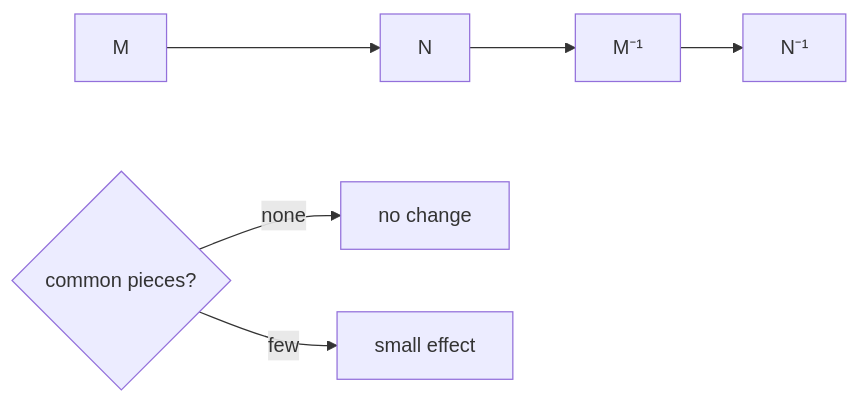
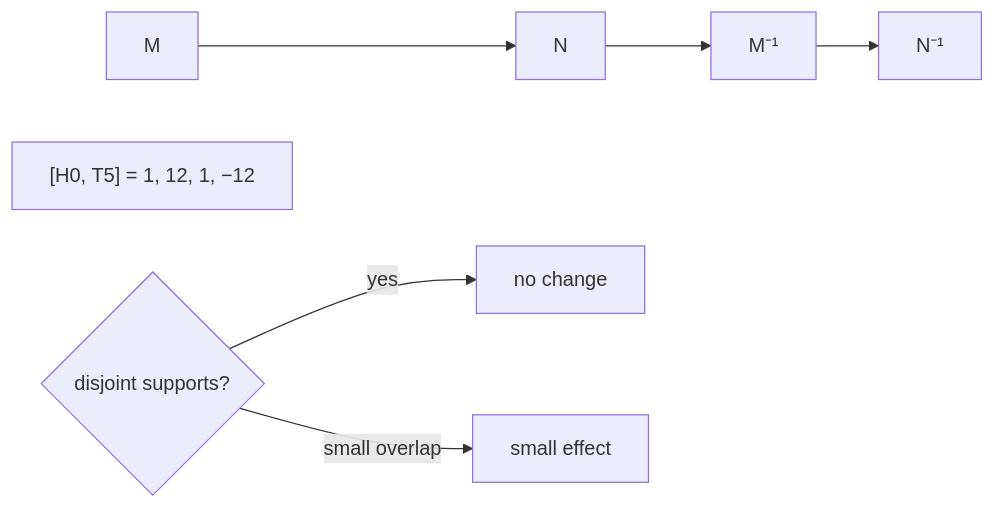
One commit to KonomiYuzu01/Magic-600-Cell changed the diagram in docs/progress/1.0/glossary/diagrams/commutator.mmd. Above: the diagram before and after it, drawn with Mermaid. The commit also changed 40 other files, not shown here.

```diff
--- a/docs/progress/1.0/glossary/diagrams/commutator.mmd
+++ b/docs/progress/1.0/glossary/diagrams/commutator.mmd
@@ -1,4 +1,5 @@
 flowchart LR
   M[M] --> N[N] --> Mi["M⁻¹"] --> Ni["N⁻¹"]
-  O{common pieces?} -->|none| I[no change]
-  O -->|few| F[small effect]
+  E["[H0, T5] = 1, 12, 1, −12"]
+  O{disjoint supports?} -->|yes| I[no change]
+  O -->|small overlap| F[small effect]
```
